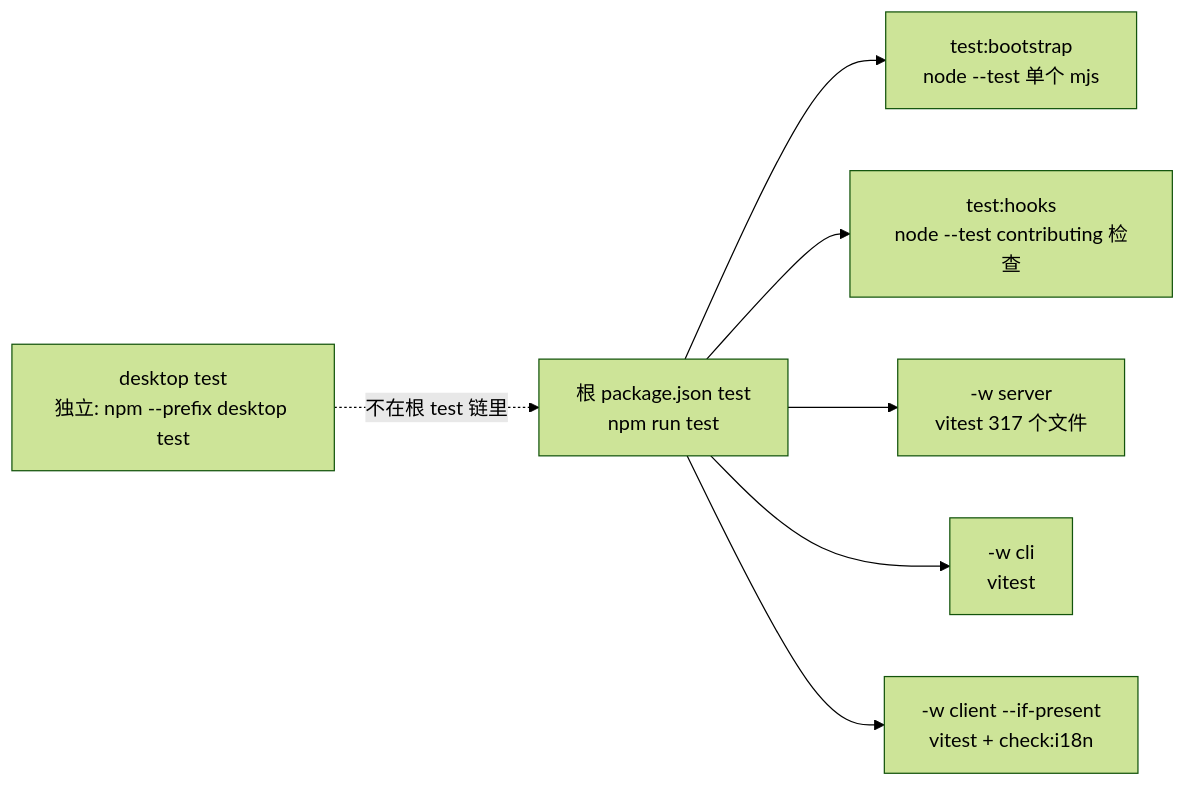
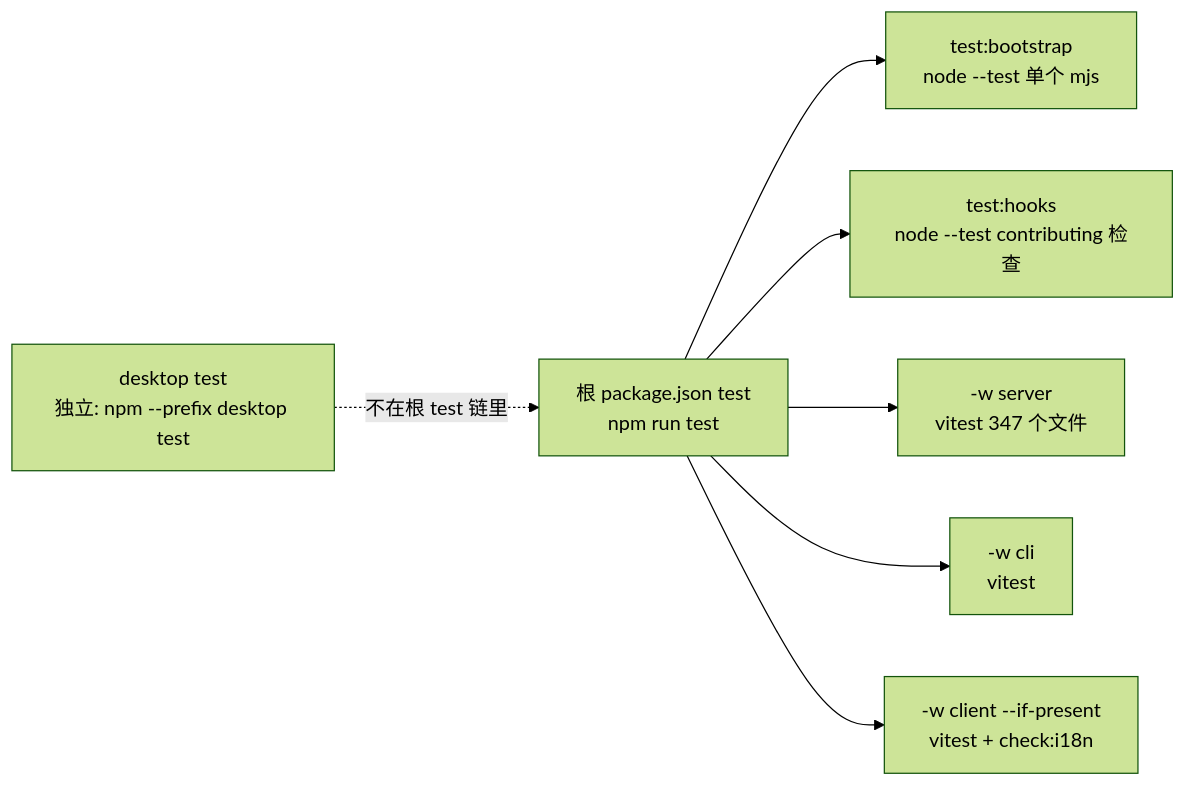
Before and after one commit to adrian9778/freellmapi: the first of 2 diagrams in docs/adrian/sourceReader/09-测试与部署.md, drawn with Mermaid (forest theme). The commit also changed other lines of this file and 18 other files, not shown here.

````diff
--- a/docs/adrian/sourceReader/09-测试与部署.md
+++ b/docs/adrian/sourceReader/09-测试与部署.md
@@ -9,9 +9,9 @@
 ```mermaid
 flowchart LR
     ROOT[根 package.json test<br/>npm run test] --> B[test:bootstrap<br/>node --test 单个 mjs]
     ROOT --> H[test:hooks<br/>node --test contributing 检查]
-    ROOT --> S[-w server<br/>vitest 317 个文件]
+    ROOT --> S[-w server<br/>vitest 347 个文件]
     ROOT --> C[-w cli<br/>vitest]
     ROOT --> D[-w client --if-present<br/>vitest + check:i18n]
     DESK[desktop test<br/>独立: npm --prefix desktop test] -.不在根 test 链里.-> ROOT
 ```
````
